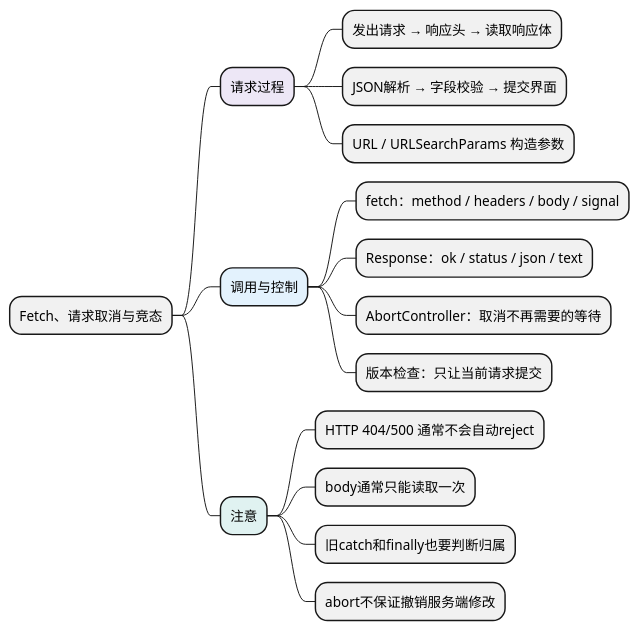
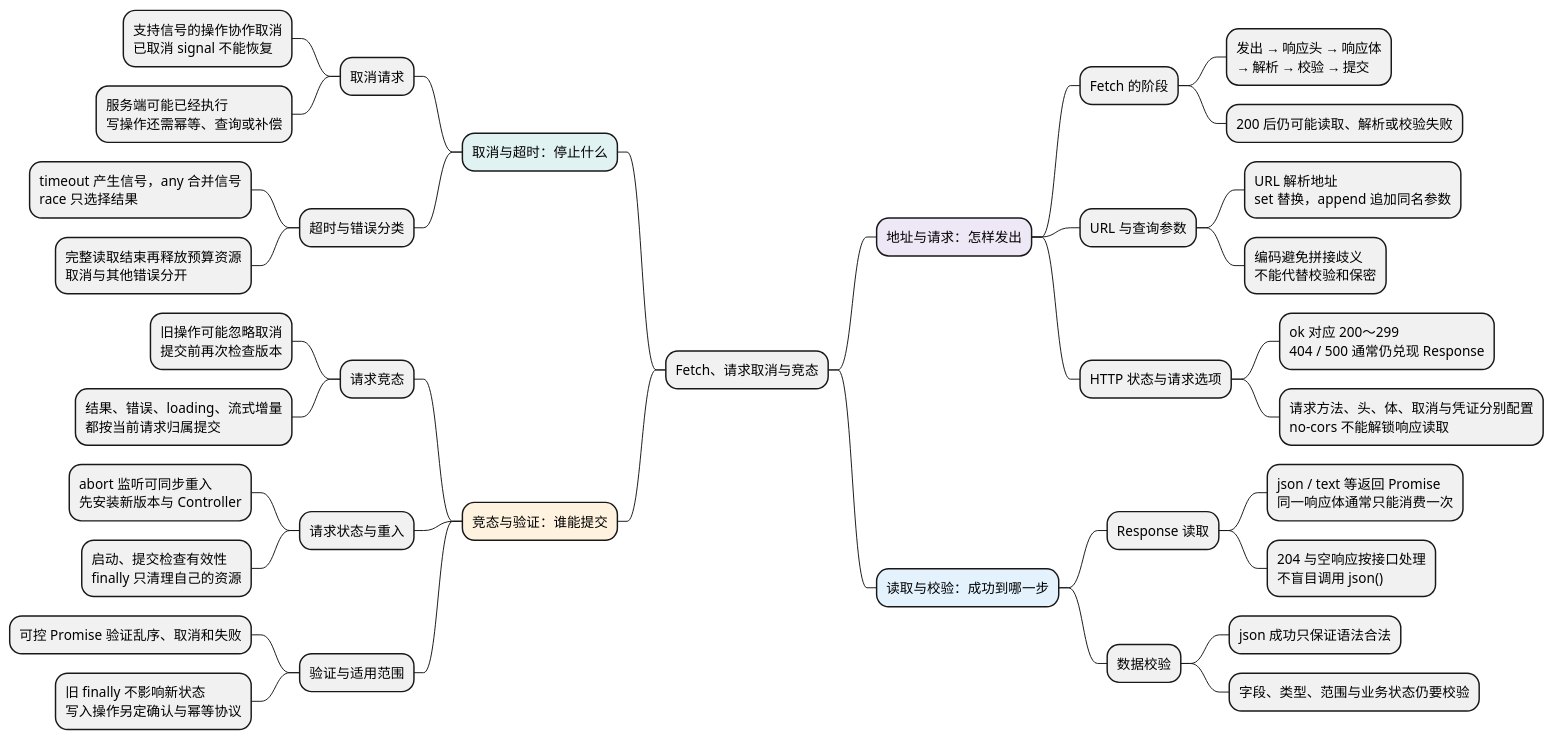
The diagram in docs/AI前端全栈教材/01_JavaScript/05_模块化与浏览器实践/04_Fetch、请求取消与竞态.md (chenx18/JAVA), drawn with PlantUML before and after one commit. The commit also changed other lines of this file and 84 other files, not shown here.

````diff
--- a/docs/AI前端全栈教材/01_JavaScript/05_模块化与浏览器实践/04_Fetch、请求取消与竞态.md
+++ b/docs/AI前端全栈教材/01_JavaScript/05_模块化与浏览器实践/04_Fetch、请求取消与竞态.md
@@ -9,26 +9,47 @@
 ```plantuml
 @startmindmap
 skinparam defaultFontName Microsoft YaHei
 skinparam defaultFontSize 14
 skinparam dpi 100
 skinparam backgroundColor white
 skinparam shadowing false
 
 * Fetch、请求取消与竞态
-**[#EDE7F6] 请求过程
-*** 发出请求 → 响应头 → 读取响应体
-*** JSON解析 → 字段校验 → 提交界面
-*** URL / URLSearchParams 构造参数
-**[#E3F2FD] 调用与控制
-*** fetch：method / headers / body / signal
-*** Response：ok / status / json / text
-*** AbortController：取消不再需要的等待
-*** 版本检查：只让当前请求提交
-**[#E0F2F1] 注意
-*** HTTP 404/500 通常不会自动reject
-*** body通常只能读取一次
-*** 旧catch和finally也要判断归属
-*** abort不保证撤销服务端修改
+**[#EDE7F6] 地址与请求：怎样发出
+*** Fetch 的阶段
+**** 发出 → 响应头 → 响应体\n→ 解析 → 校验 → 提交
+**** 200 后仍可能读取、解析或校验失败
+*** URL 与查询参数
+**** URL 解析地址\nset 替换，append 追加同名参数
+**** 编码避免拼接歧义\n不能代替校验和保密
+*** HTTP 状态与请求选项
+**** ok 对应 200～299\n404 / 500 通常仍兑现 Response
+**** 请求方法、头、体、取消与凭证分别配置\nno-cors 不能解锁响应读取
+**[#E3F2FD] 读取与校验：成功到哪一步
+*** Response 读取
+**** json / text 等返回 Promise\n同一响应体通常只能消费一次
+**** 204 与空响应按接口处理\n不盲目调用 json()
+*** 数据校验
+**** json 成功只保证语法合法
+**** 字段、类型、范围与业务状态仍要校验
+left side
+**[#E0F2F1] 取消与超时：停止什么
+*** 取消请求
+**** 支持信号的操作协作取消\n已取消 signal 不能恢复
+**** 服务端可能已经执行\n写操作还需幂等、查询或补偿
+*** 超时与错误分类
+**** timeout 产生信号，any 合并信号\nrace 只选择结果
+**** 完整读取结束再释放预算资源\n取消与其他错误分开
+**[#FFF3E0] 竞态与验证：谁能提交
+*** 请求竞态
+**** 旧操作可能忽略取消\n提交前再次检查版本
+**** 结果、错误、loading、流式增量\n都按当前请求归属提交
+*** 请求状态与重入
+**** abort 监听可同步重入\n先安装新版本与 Controller
+**** 启动、提交检查有效性\nfinally 只清理自己的资源
+*** 验证与适用范围
+**** 可控 Promise 验证乱序、取消和失败
+**** 旧 finally 不影响新状态\n写入操作另定确认与幂等协议
 
 @endmindmap
 ```
````
